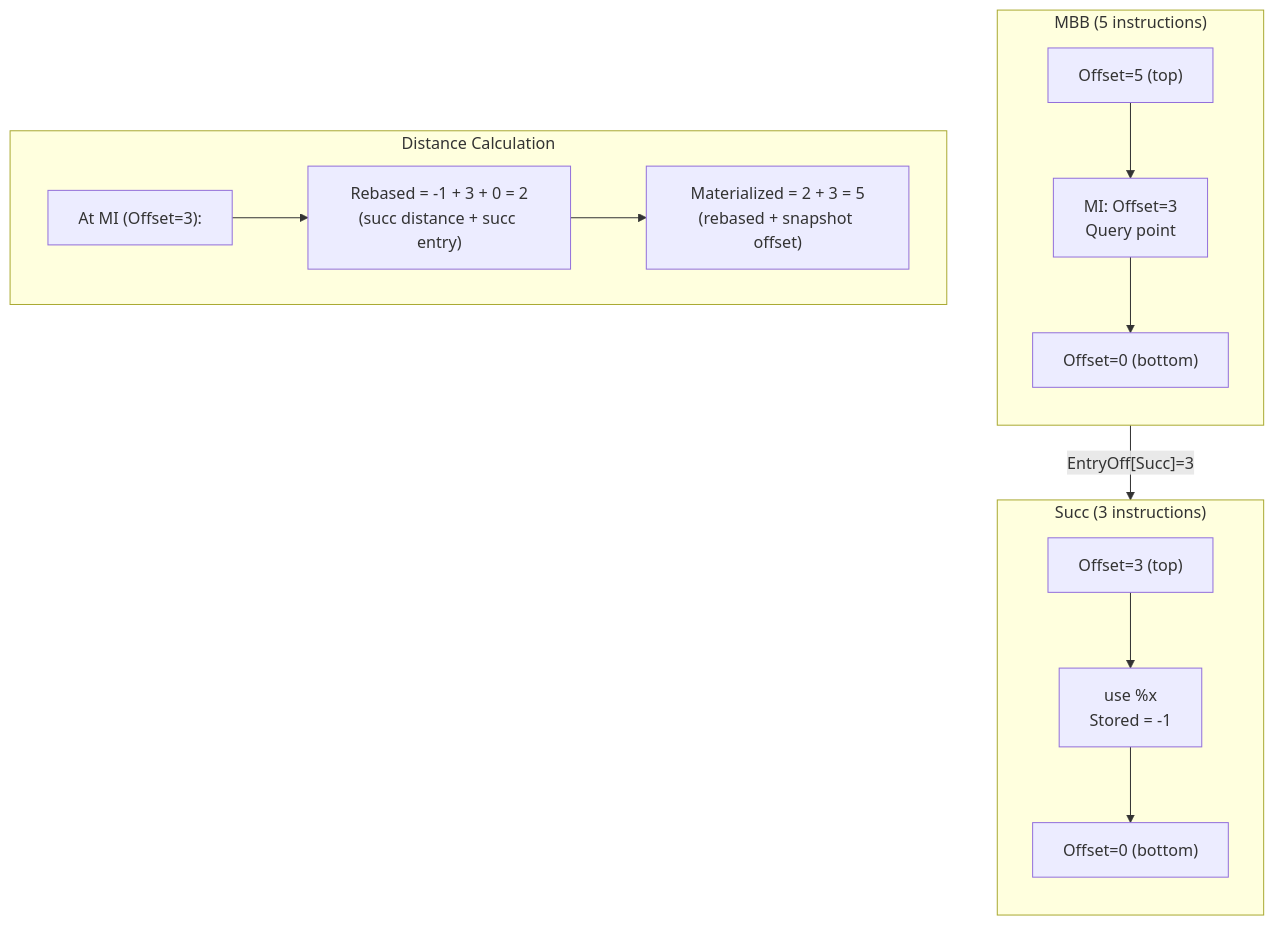
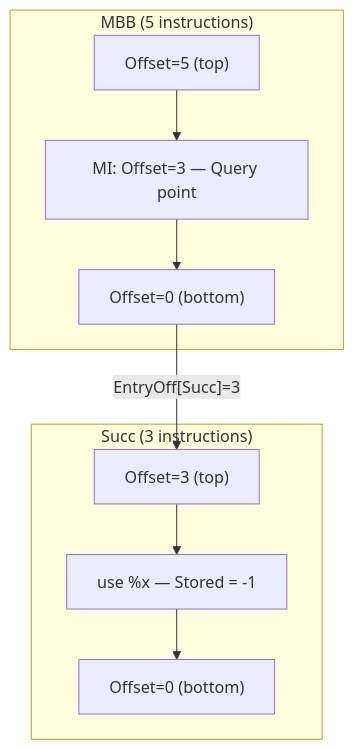
One commit to alex-t/ssa-spiller-docs changed the fourth of 4 diagrams in SSA_Spiller/04-Design/NextUseAnalysis.md. Above: the diagram before and after it, drawn with Mermaid. The commit also changed other lines of this file, not shown here.

````diff
--- a/SSA_Spiller/04-Design/NextUseAnalysis.md
+++ b/SSA_Spiller/04-Design/NextUseAnalysis.md
@@ -287,27 +286,18 @@
 ```mermaid
-flowchart TB
+flowchart TD
     subgraph MBB["MBB (5 instructions)"]
-        direction TB
         M0["Offset=5 (top)"]
-        M1["MI: Offset=3<br/>Query point"]
+        M1["MI: Offset=3 — Query point"]
         M2["Offset=0 (bottom)"]
         M0 --> M1 --> M2
     end
     
+    M2 -->|"EntryOff[Succ]=3"| S0
+    
     subgraph Succ["Succ (3 instructions)"]
-        direction TB
         S0["Offset=3 (top)"]
-        S1["use %x<br/>Stored = -1"]
+        S1["use %x — Stored = -1"]
         S2["Offset=0 (bottom)"]
         S0 --> S1 --> S2
     end
-    
-    M2 -->|"EntryOff[Succ]=3"| S0
-    
-    subgraph Calc["Distance Calculation"]
-        C1["At MI (Offset=3):"]
-        C2["Rebased = -1 + 3 + 0 = 2<br/>(succ distance + succ entry)"]
-        C3["Materialized = 2 + 3 = 5<br/>(rebased + snapshot offset)"]
-        C1 --> C2 --> C3
-    end
 ```
````
